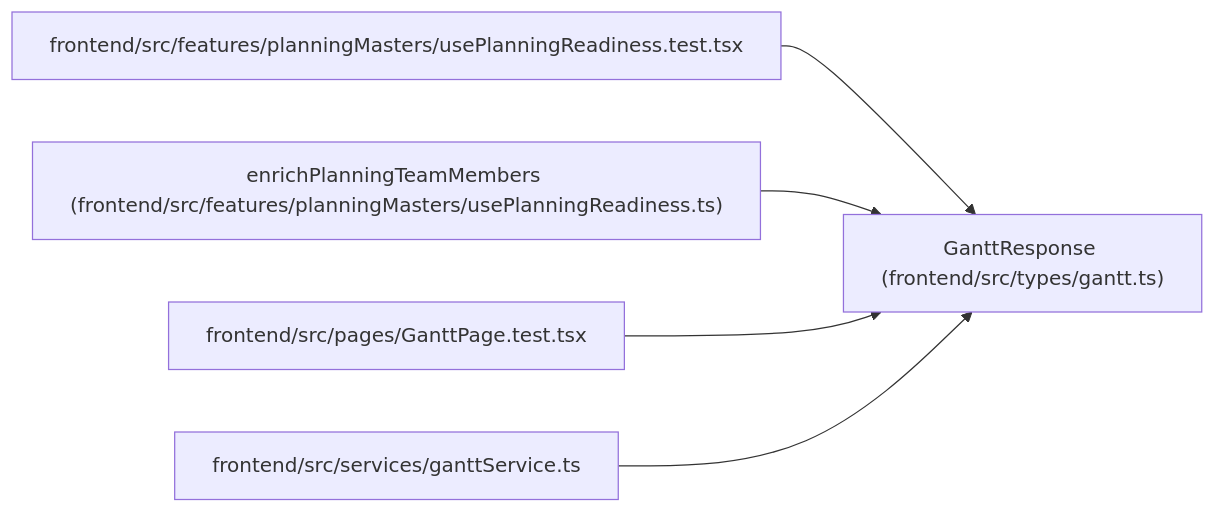
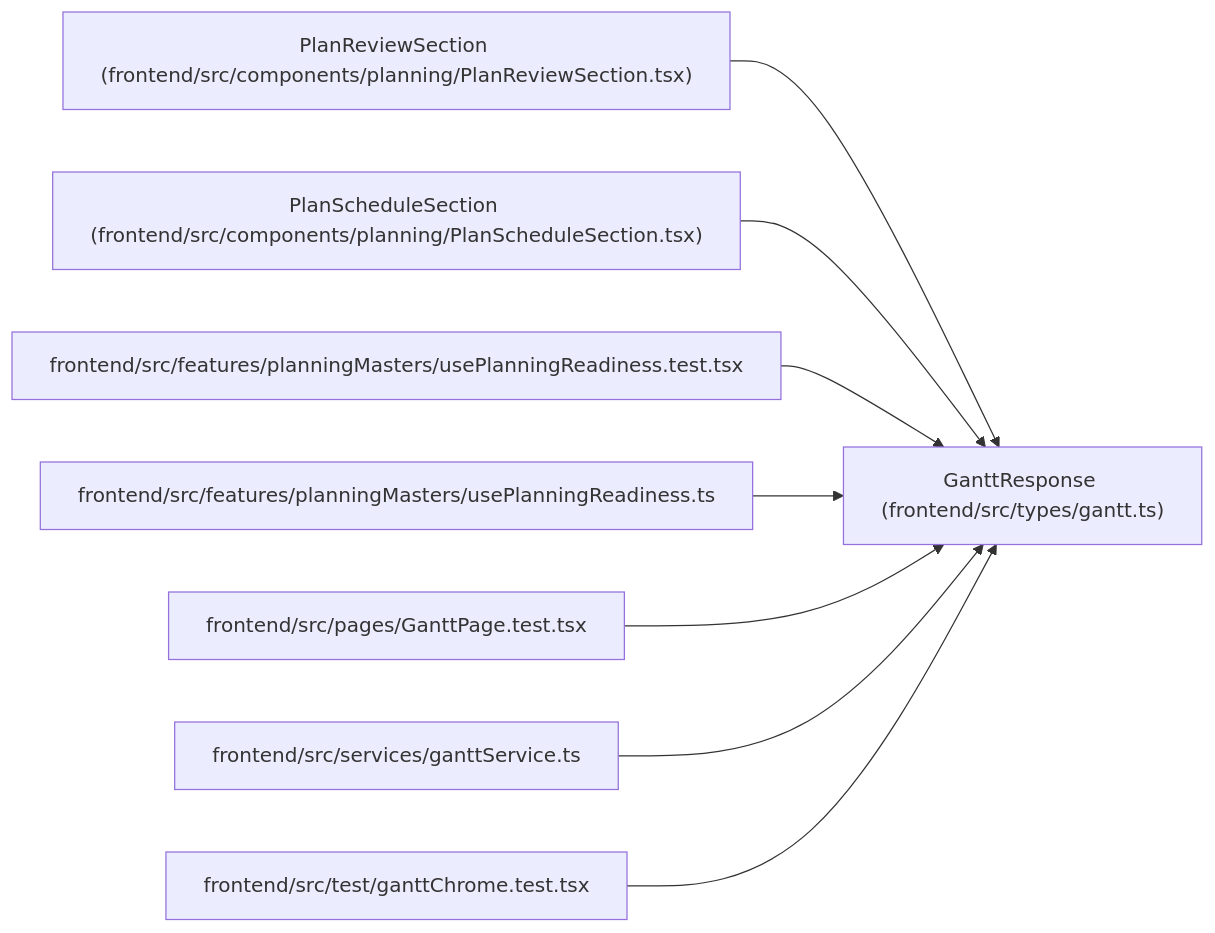
One commit to Denissvgn/WorkChord changed the diagram in docs/llm_wiki/entities/types_gantt_GanttResponse.md. Above: the diagram before and after it, drawn with Mermaid. The commit also changed other lines of this file and 2373 other files, not shown here.

````diff
--- a/docs/llm_wiki/entities/types_gantt_GanttResponse.md
+++ b/docs/llm_wiki/entities/types_gantt_GanttResponse.md
@@ -31,17 +31,26 @@
 ```mermaid
 flowchart LR
     n0["GanttResponse (frontend/src/types/gantt.ts)"]
-    n1["frontend/src/features/planningMasters/usePlanningReadiness.test.tsx"]
-    n2["enrichPlanningTeamMembers (frontend/src/features/planningMasters/usePlanningReadiness.ts)"]
-    n3["frontend/src/pages/GanttPage.test.tsx"]
-    n4["frontend/src/services/ganttService.ts"]
+    n1["PlanReviewSection (frontend/src/components/planning/PlanReviewSection.tsx)"]
+    n2["PlanScheduleSection (frontend/src/components/planning/PlanScheduleSection.tsx)"]
+    n3["frontend/src/features/planningMasters/usePlanningReadiness.test.tsx"]
+    n4["frontend/src/features/planningMasters/usePlanningReadiness.ts"]
+    n5["frontend/src/pages/GanttPage.test.tsx"]
+    n6["frontend/src/services/ganttService.ts"]
+    n7["frontend/src/test/ganttChrome.test.tsx"]
     n1 --> n0
     n2 --> n0
     n3 --> n0
     n4 --> n0
+    n5 --> n0
+    n6 --> n0
+    n7 --> n0
     click n0 "../modules/types_gantt.md"
-    click n1 "../modules/usePlanningReadiness.test.md"
-    click n2 "../modules/usePlanningReadiness.md"
-    click n3 "../modules/GanttPage.test.md"
-    click n4 "../modules/ganttService.md"
+    click n1 "../modules/PlanReviewSection.md"
+    click n2 "../modules/PlanScheduleSection.md"
+    click n3 "../modules/usePlanningReadiness.test.md"
+    click n4 "../modules/usePlanningReadiness.md"
+    click n5 "../modules/GanttPage.test.md"
+    click n6 "../modules/ganttService.md"
+    click n7 "../modules/ganttChrome.test.md"
 ```
````
